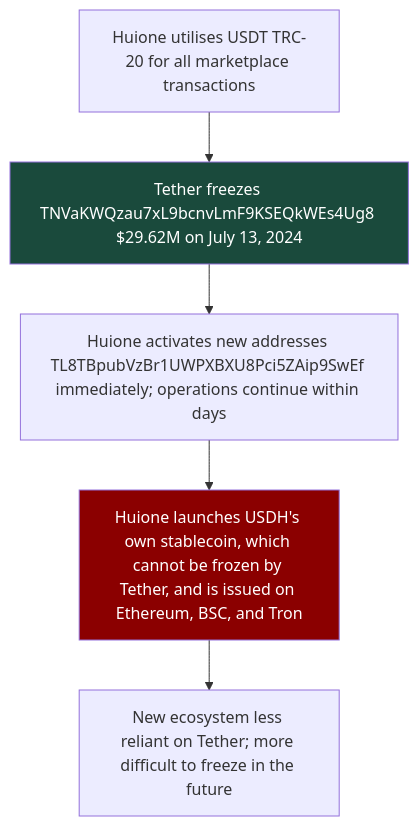
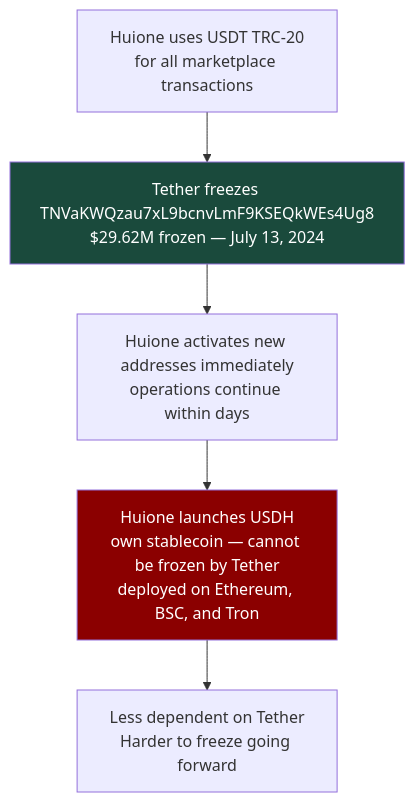
Before and after one commit to KotsykAndrey/aml-blockchain-portfolio: the sixth of 7 diagrams in case-2-pig-butchering/README.md, drawn with Mermaid. The commit also changed other lines of this file, not shown here.

````diff
--- a/case-2-pig-butchering/README.md
+++ b/case-2-pig-butchering/README.md
@@ -484,16 +483,21 @@
 ```mermaid
 flowchart TD
-A["Huione utilises USDT TRC-20 for all marketplace transactions"] --> B
-
-B["Tether freezes TNVaKWQzau7xL9bcnvLmF9KSEQkWEs4Ug8 $29.62M on July 13, 2024"] --> C
-
-C["Huione activates new addresses TL8TBpubVzBr1UWPXBXU8Pci5ZAip9SwEf immediately; operations continue within days"] --> D
-
-D["Huione launches USDH's own stablecoin, which cannot be frozen by Tether, and is issued on Ethereum, BSC, and Tron"] --> E
-
-E["New ecosystem less reliant on Tether; more difficult to freeze in the future"]
-
-style B fill: #1A4A3C, color: #fff
-style D fill: #8b0000, color: #fff
-
+    A["Huione uses USDT TRC-20
+for all marketplace transactions"] --> B
+ 
+    B["Tether freezes TNVaKWQzau7xL9bcnvLmF9KSEQkWEs4Ug8
+$29.62M frozen — July 13, 2024"] --> C
+ 
+    C["Huione activates new addresses immediately
+operations continue within days"] --> D
+ 
+    D["Huione launches USDH
+own stablecoin — cannot be frozen by Tether
+deployed on Ethereum, BSC, and Tron"] --> E
+ 
+    E["Less dependent on Tether
+Harder to freeze going forward"]
+ 
+    style B fill:#1A4A3C,color:#fff
+    style D fill:#8b0000,color:#fff
 ```
````
